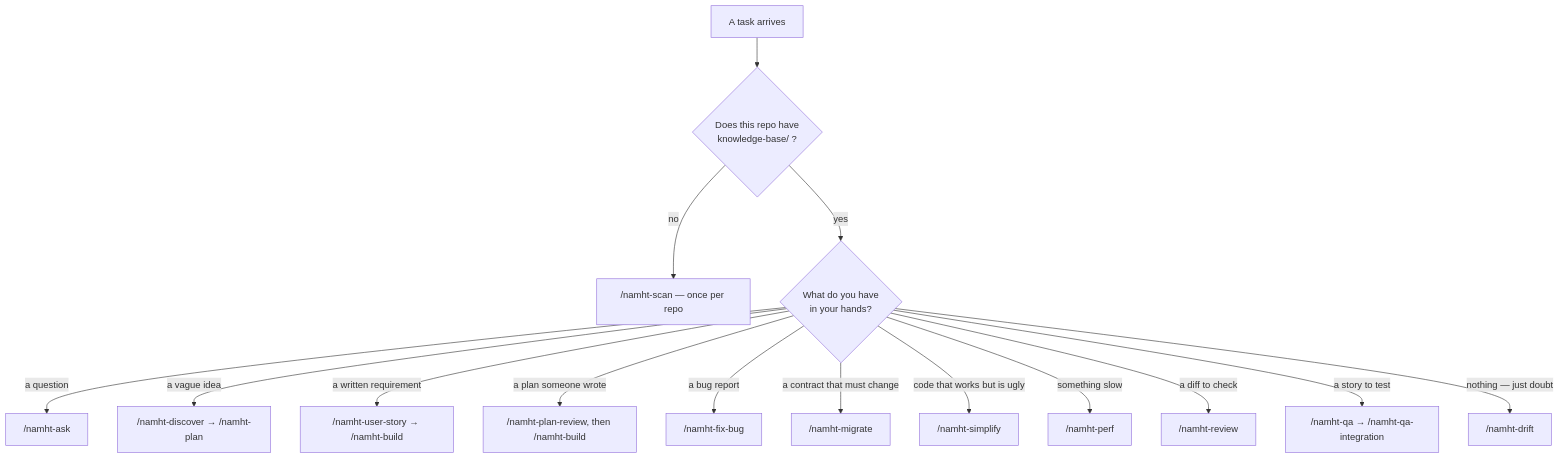
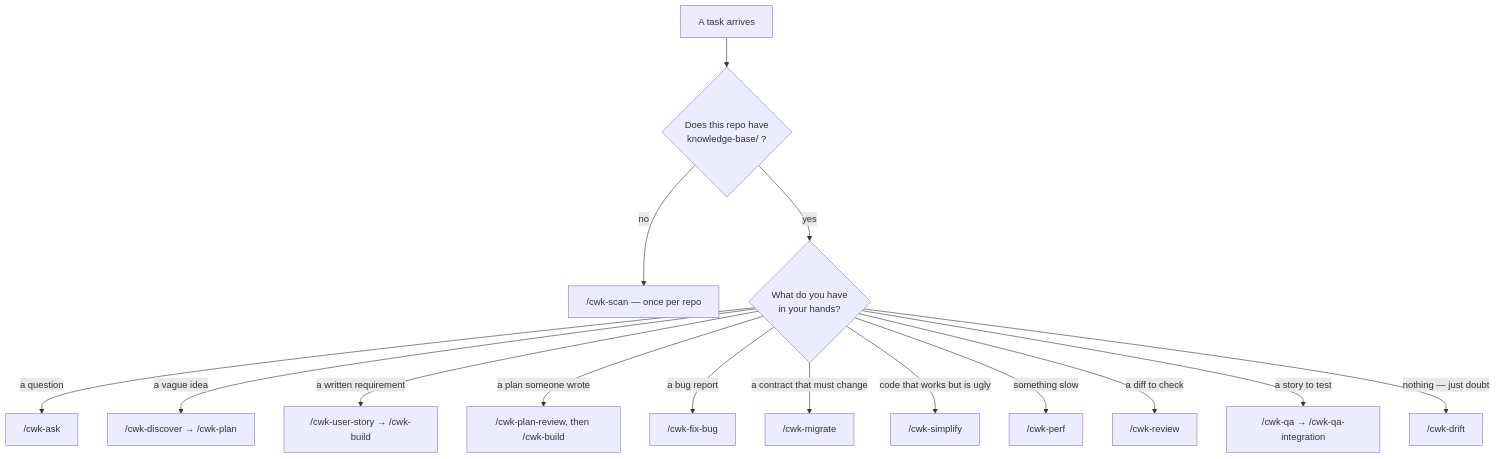
The diagram in commands/help.md (NamHT4Devlop/claude-code-workflow-kit), drawn with Mermaid before and after one commit. The commit also changed other lines of this file and 210 other files, not shown here.

````diff
--- a/commands/help.md
+++ b/commands/help.md
@@ -56,18 +56,18 @@
 ```mermaid
 flowchart TD
   S["A task arrives"] --> KB{"Does this repo have<br/>knowledge-base/ ?"}
-  KB -- no --> SCAN["/namht-scan — once per repo"]
+  KB -- no --> SCAN["/cwk-scan — once per repo"]
   KB -- yes --> W{"What do you have<br/>in your hands?"}
 
-  W -- "a question" --> ASK["/namht-ask"]
-  W -- "a vague idea" --> DISC["/namht-discover → /namht-plan"]
-  W -- "a written requirement" --> US["/namht-user-story → /namht-build"]
-  W -- "a plan someone wrote" --> PR2["/namht-plan-review, then /namht-build"]
-  W -- "a bug report" --> FIX["/namht-fix-bug"]
-  W -- "a contract that must change" --> MIG["/namht-migrate"]
-  W -- "code that works but is ugly" --> SIMP["/namht-simplify"]
-  W -- "something slow" --> PERF["/namht-perf"]
-  W -- "a diff to check" --> REV["/namht-review"]
-  W -- "a story to test" --> QA["/namht-qa → /namht-qa-integration"]
-  W -- "nothing — just doubt" --> DRIFT["/namht-drift"]
+  W -- "a question" --> ASK["/cwk-ask"]
+  W -- "a vague idea" --> DISC["/cwk-discover → /cwk-plan"]
+  W -- "a written requirement" --> US["/cwk-user-story → /cwk-build"]
+  W -- "a plan someone wrote" --> PR2["/cwk-plan-review, then /cwk-build"]
+  W -- "a bug report" --> FIX["/cwk-fix-bug"]
+  W -- "a contract that must change" --> MIG["/cwk-migrate"]
+  W -- "code that works but is ugly" --> SIMP["/cwk-simplify"]
+  W -- "something slow" --> PERF["/cwk-perf"]
+  W -- "a diff to check" --> REV["/cwk-review"]
+  W -- "a story to test" --> QA["/cwk-qa → /cwk-qa-integration"]
+  W -- "nothing — just doubt" --> DRIFT["/cwk-drift"]
 ```
````
